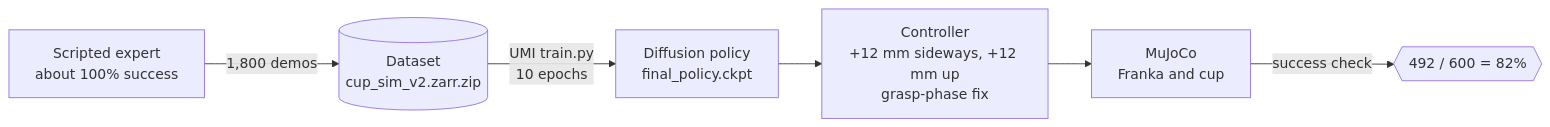
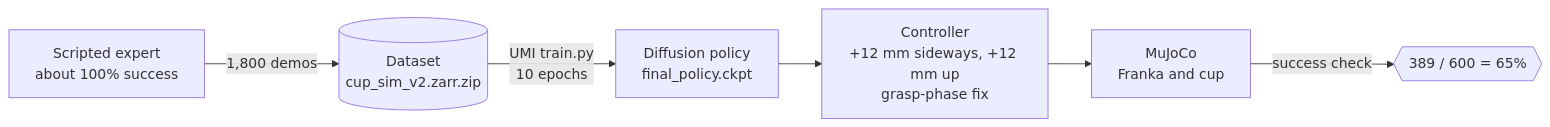
Before and after one commit to ayushi2577/UMI---Cup-Arrangement-: the first of 2 diagrams in README.md, drawn with Mermaid. The commit also changed other lines of this file and 2 other files, not shown here.

Commit message:
Replace overlapping 5000-5119 check with clean seeds 30000-30119; document data recording

````diff
--- a/README.md
+++ b/README.md
@@ -68,8 +68,8 @@
 ```mermaid
 flowchart LR
     A["Scripted expert<br/>about 100% success"] -->|"1,800 demos"| B[("Dataset<br/>cup_sim_v2.zarr.zip")]
     B -->|"UMI train.py<br/>10 epochs"| C["Diffusion policy<br/>final_policy.ckpt"]
     C --> D["Controller<br/>+12 mm sideways, +12 mm up<br/>grasp-phase fix"]
     D --> E["MuJoCo<br/>Franka and cup"]
-    E -->|"success check"| F{{"492 / 600 = 82%"}}
+    E -->|"success check"| F{{"389 / 600 = 65%"}}
 ```
````
